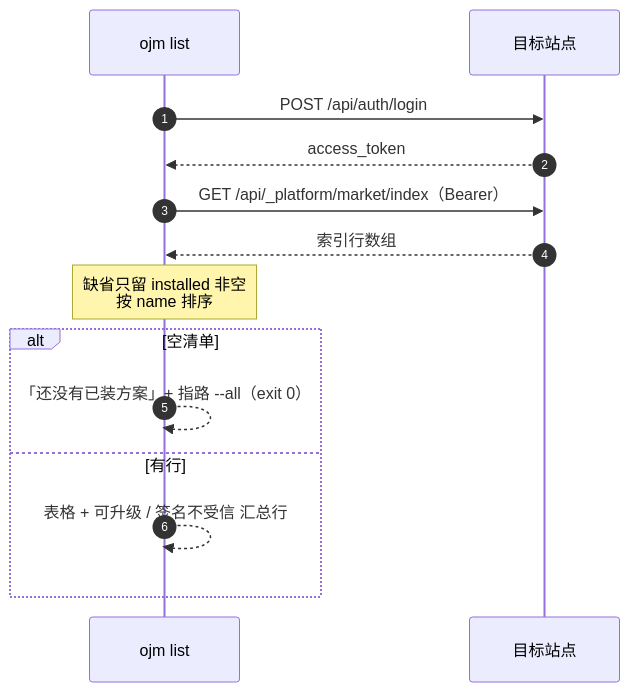
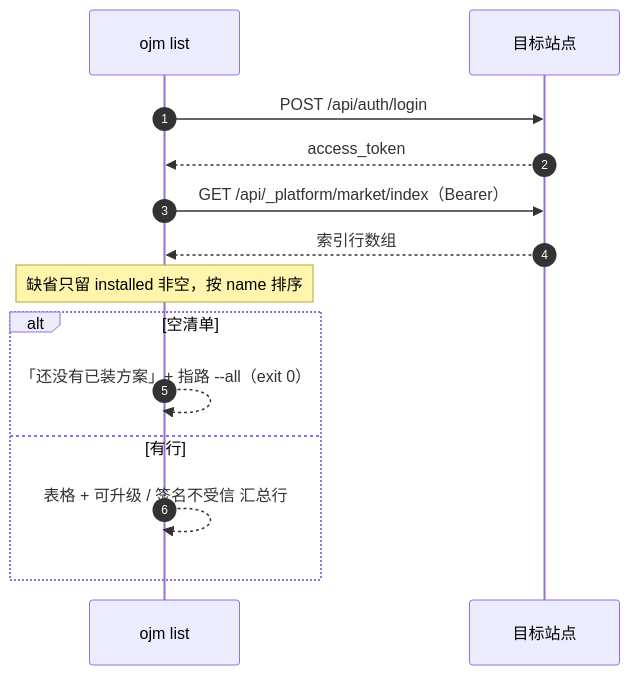
One commit to everpan/oj-module changed diagram 16 of 21 in docs/prd/20261026-registry-cli-commands-design.md. Above: the diagram before and after it, drawn with Mermaid. The commit also changed other lines of this file and 1 other file, not shown here.

Commit message:
docs(prd): registry 相关 CLI 命令全图（publish/install/sign/export/import/list 等，26 张 mermaid）

````diff
--- a/docs/prd/20261026-registry-cli-commands-design.md
+++ b/docs/prd/20261026-registry-cli-commands-design.md
@@ -264,16 +481,16 @@
 ```mermaid
 sequenceDiagram
     autonumber
     participant CLI as ojm list
     participant S as 目标站点
     CLI->>S: POST /api/auth/login
     S-->>CLI: access_token
     CLI->>S: GET /api/_platform/market/index（Bearer）
     S-->>CLI: 索引行数组
-    Note over CLI: 缺省只留 installed 非空<br/>按 name 排序
+    Note over CLI: 缺省只留 installed 非空，按 name 排序
     alt 空清单
         CLI-->>CLI: 「还没有已装方案」+ 指路 --all（exit 0）
     else 有行
         CLI-->>CLI: 表格 + 可升级 / 签名不受信 汇总行
     end
 ```
````
